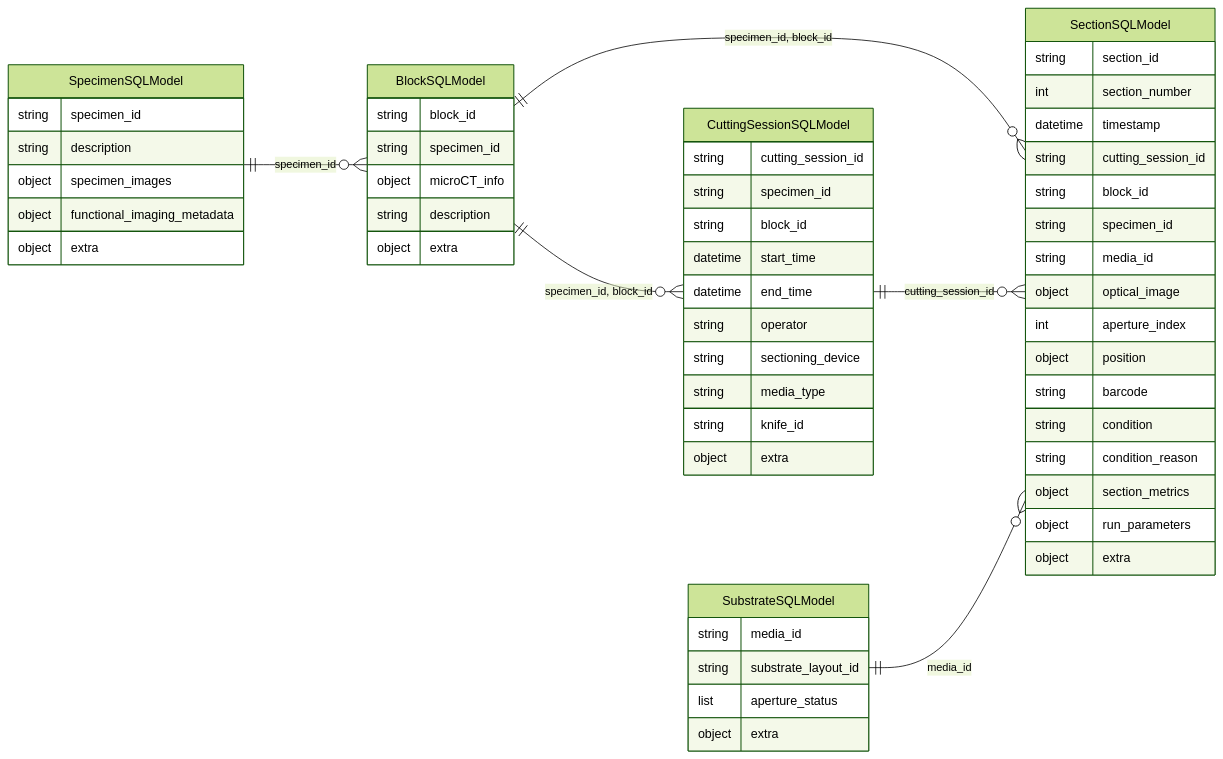
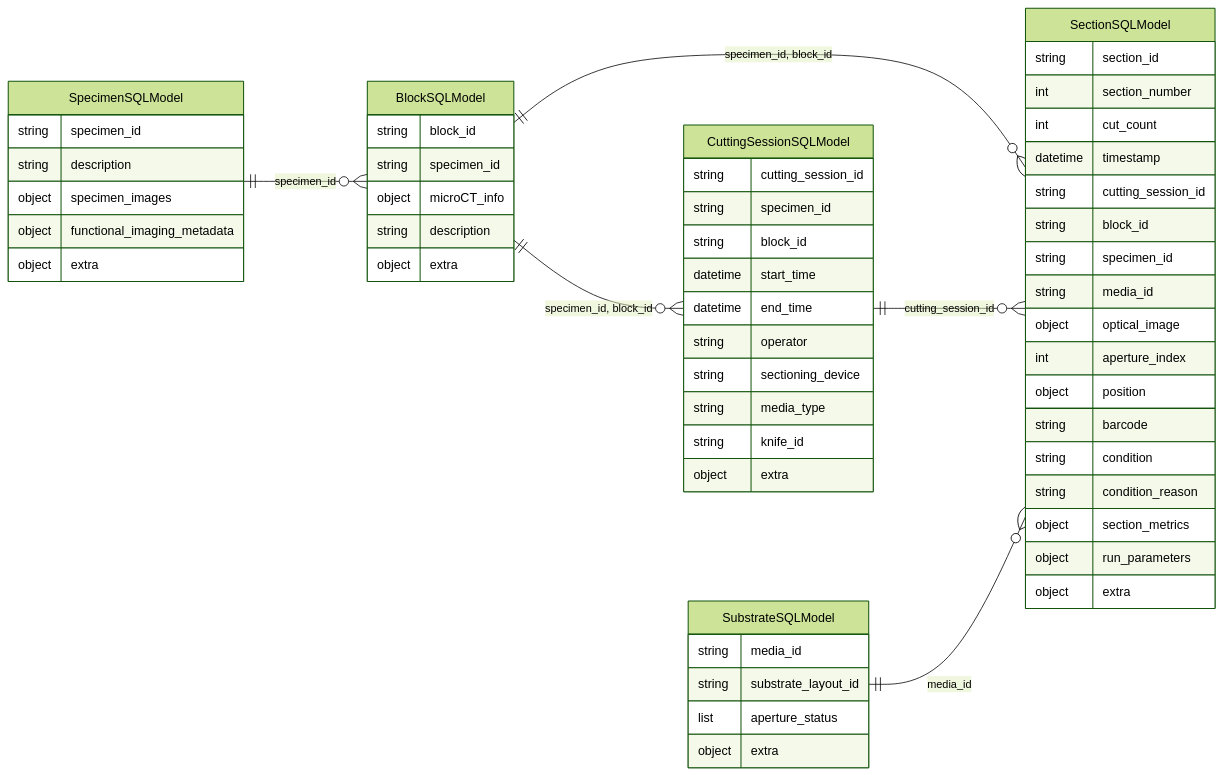
One commit to TilEM-project/TEMdb changed the diagram in docs/schema_Preparation_erd.md. Above: the diagram before and after it, drawn with Mermaid (forest theme). The commit also changed 17 other files, not shown here.

````diff
--- a/docs/schema_Preparation_erd.md
+++ b/docs/schema_Preparation_erd.md
@@ -3,59 +3,60 @@
 ```mermaid
 erDiagram
     direction LR
     BlockSQLModel ||--o{ CuttingSessionSQLModel : "specimen_id, block_id"
     BlockSQLModel ||--o{ SectionSQLModel : "specimen_id, block_id"
     CuttingSessionSQLModel ||--o{ SectionSQLModel : "cutting_session_id"
     SpecimenSQLModel ||--o{ BlockSQLModel : "specimen_id"
     SubstrateSQLModel ||--o{ SectionSQLModel : "media_id"
     BlockSQLModel {
         string block_id
         string specimen_id
         object microCT_info
         string description
         object extra
     }
     CuttingSessionSQLModel {
         string cutting_session_id
         string specimen_id
         string block_id
         datetime start_time
         datetime end_time
         string operator
         string sectioning_device
         string media_type
         string knife_id
         object extra
     }
     SectionSQLModel {
         string section_id
         int section_number
+        int cut_count
         datetime timestamp
         string cutting_session_id
         string block_id
         string specimen_id
         string media_id
         object optical_image
         int aperture_index
         object position
         string barcode
         string condition
         string condition_reason
         object section_metrics
         object run_parameters
         object extra
     }
     SpecimenSQLModel {
         string specimen_id
         string description
         object specimen_images
         object functional_imaging_metadata
         object extra
     }
     SubstrateSQLModel {
         string media_id
         string substrate_layout_id
         list aperture_status
         object extra
     }
 ```
````
